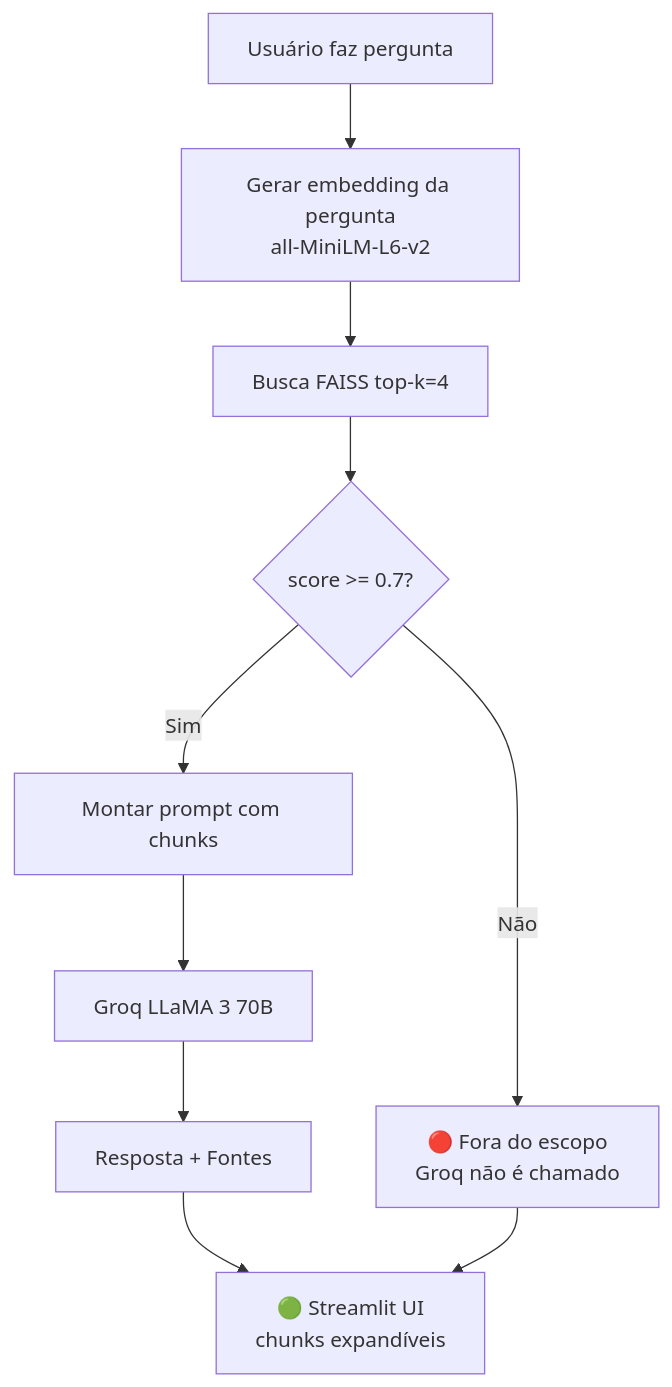
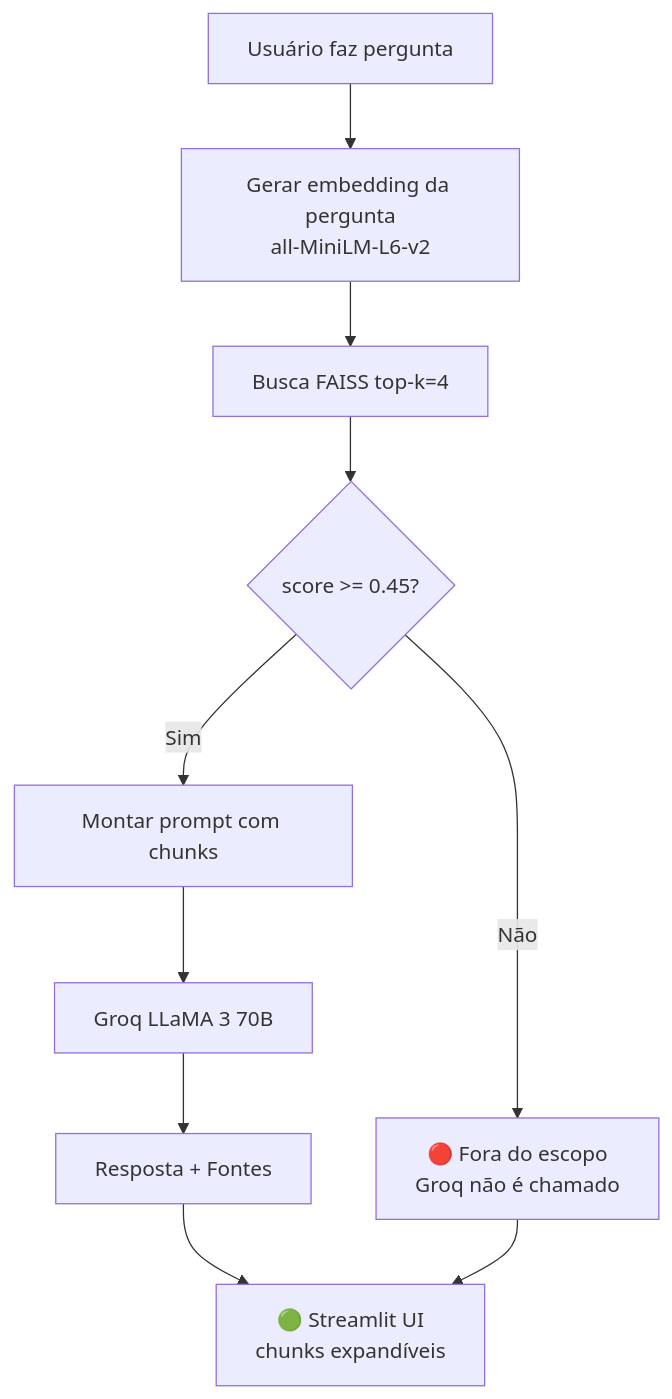
The diagram in README.md (GuiAlmeida03/space-rag), drawn with Mermaid before and after one commit. The commit also changed other lines of this file, not shown here.

````diff
--- a/README.md
+++ b/README.md
@@ -8,12 +8,12 @@
 ```mermaid
 flowchart TD
     A[Usuário faz pergunta] --> B[Gerar embedding da pergunta\nall-MiniLM-L6-v2]
     B --> C[Busca FAISS top-k=4]
-    C --> D{score >= 0.7?}
+    C --> D{score >= 0.45?}
     D -- Não --> E[🔴 Fora do escopo\nGroq não é chamado]
     D -- Sim --> F[Montar prompt com chunks]
     F --> G[Groq LLaMA 3 70B]
     G --> H[Resposta + Fontes]
     H --> I[🟢 Streamlit UI\nchunks expandíveis]
     E --> I
 ```
````
